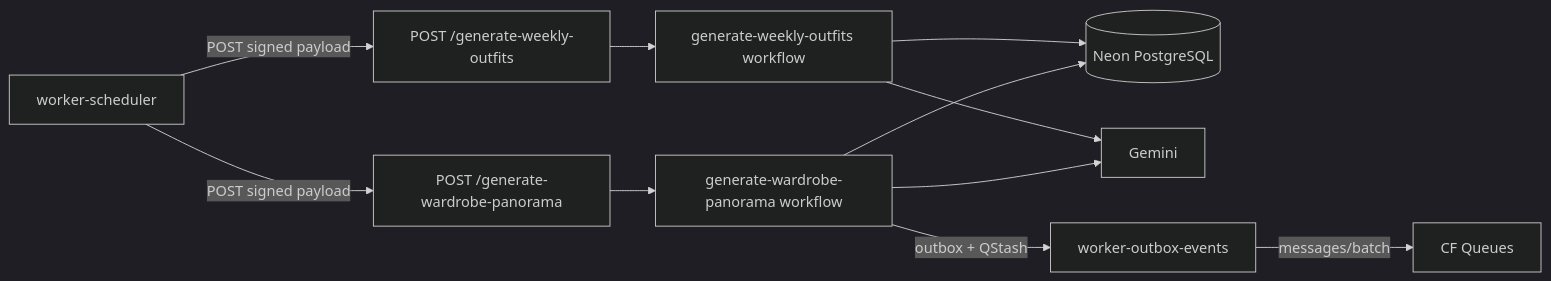
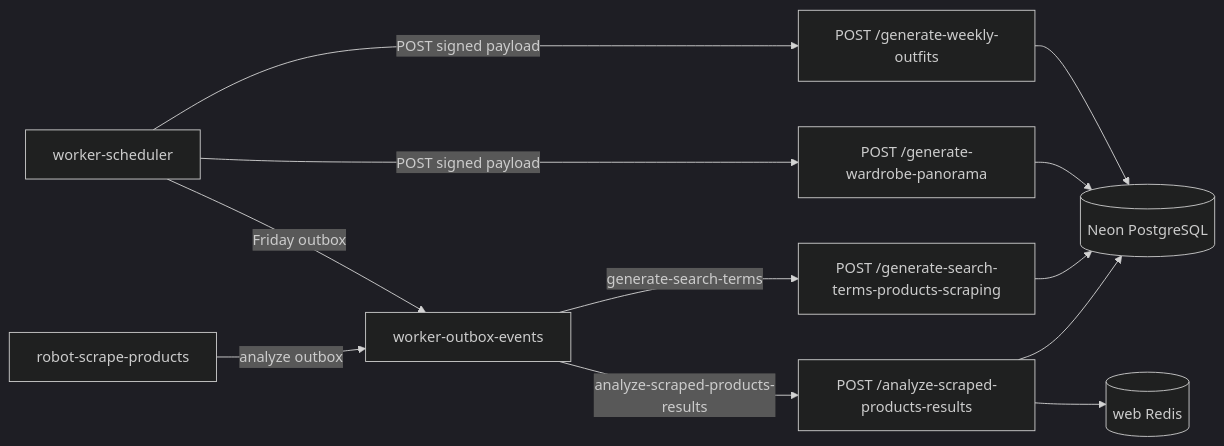
Before and after one commit to emmanuelviniciusdev/SkyDIIV--backstage: the diagram in apps/worker-ai-workflows/README.md, drawn with Mermaid (dark theme). The commit also changed other lines of this file and 6 other files, not shown here.

Commit message:
fix(worker-ai-workflows): keep this week's search registers when swapping scraped products

````diff
--- a/apps/worker-ai-workflows/README.md
+++ b/apps/worker-ai-workflows/README.md
@@ -15,13 +17,14 @@
 ```mermaid
 flowchart LR
     SCHED["worker-scheduler"] -->|POST signed payload| WO["POST /generate-weekly-outfits"]
+    SCHED -->|Friday outbox| OUT["worker-outbox-events"]
     SCHED -->|POST signed payload| WP["POST /generate-wardrobe-panorama"]
-    WO --> WFW["generate-weekly-outfits workflow"]
-    WP --> PFW["generate-wardrobe-panorama workflow"]
-    WFW --> DB[("Neon PostgreSQL")]
-    PFW --> DB
-    WFW --> LLM["Gemini"]
-    PFW --> LLM
-    PFW -->|outbox + QStash| OUT["worker-outbox-events"]
-    OUT -->|messages/batch| CF["CF Queues"]
+    OUT -->|generate-search-terms| GST["POST /generate-search-terms-products-scraping"]
+    ROBOT["robot-scrape-products"] -->|analyze outbox| OUT
+    OUT -->|analyze-scraped-products-results| AN["POST /analyze-scraped-products-results"]
+    WO --> DB[("Neon PostgreSQL")]
+    WP --> DB
+    GST --> DB
+    AN --> DB
+    AN --> REDIS[("web Redis")]
 ```
````
